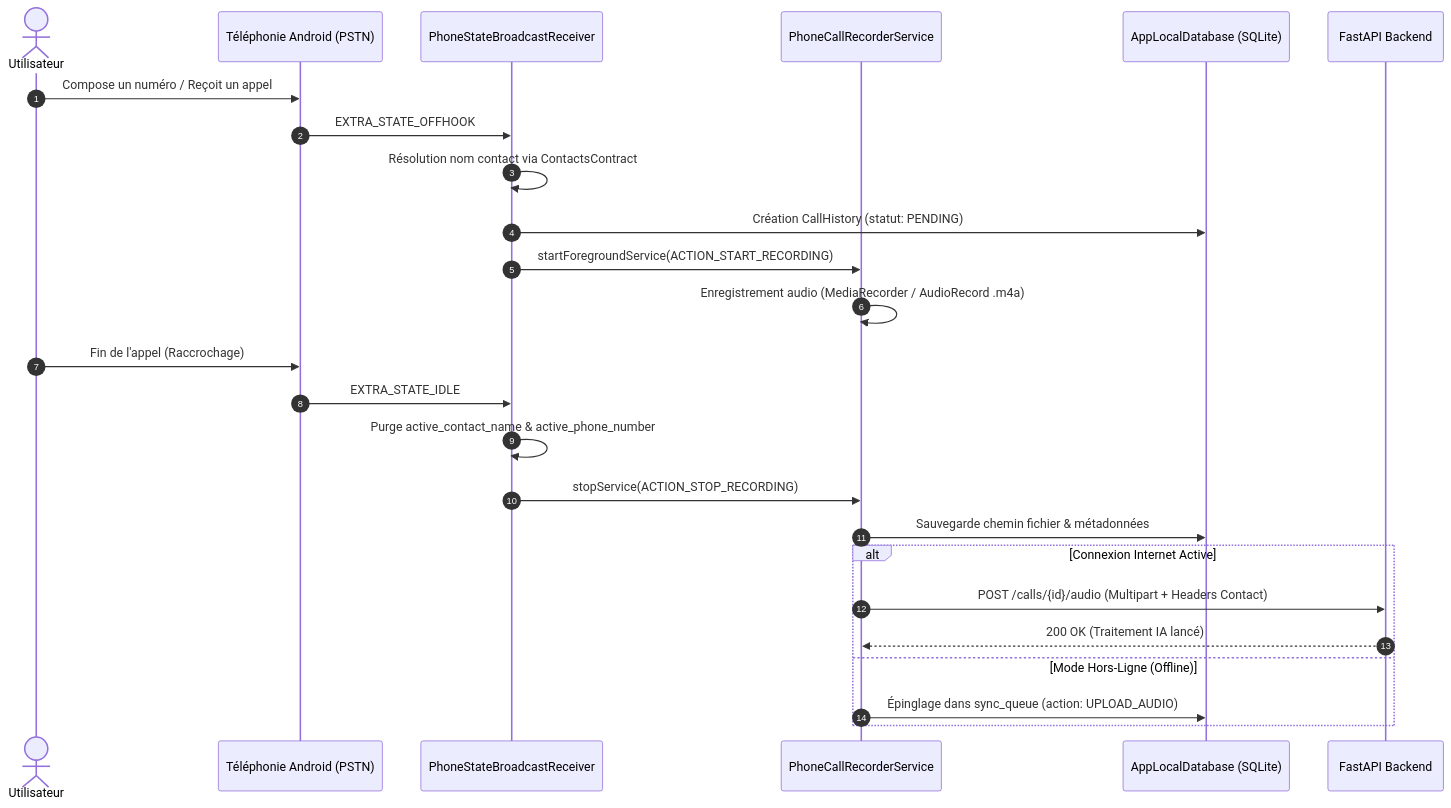
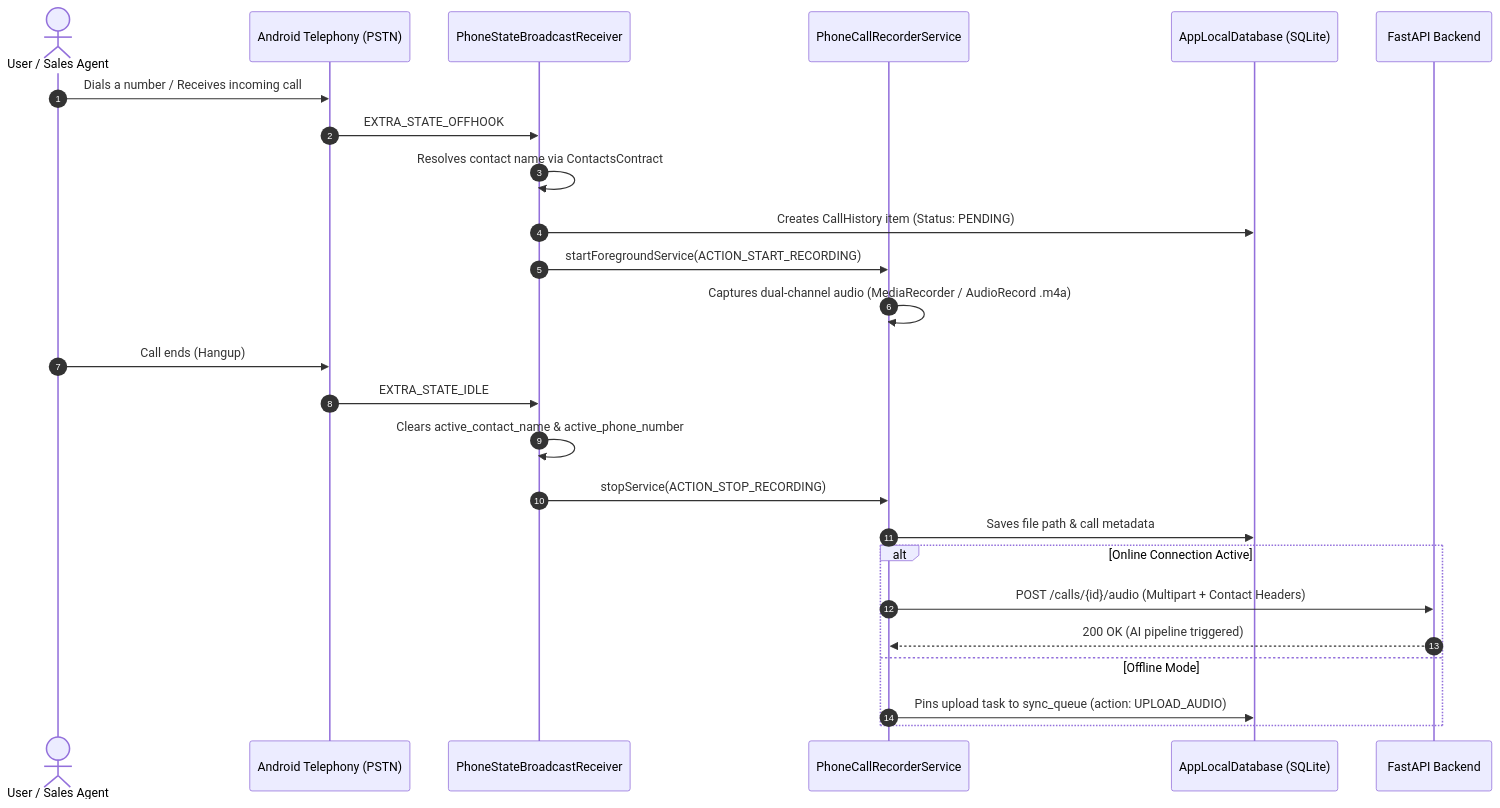
Before and after one commit to Ysn-Ir/IntelligentAppCalls: the second of 4 diagrams in ARCHITECTURE.md, drawn with Mermaid. The commit also changed other lines of this file and 3 other files, not shown here.

Commit message:
docs: translate all documentation files to English including architecture, history logs and hosting guides

````diff
--- a/ARCHITECTURE.md
+++ b/ARCHITECTURE.md
@@ -138,30 +138,30 @@
 ```mermaid
 sequenceDiagram
     autonumber
-    actor User as Utilisateur
-    participant Tel as Téléphonie Android (PSTN)
+    actor User as User / Sales Agent
+    participant Tel as Android Telephony (PSTN)
     participant Receiver as PhoneStateBroadcastReceiver
     participant Recorder as PhoneCallRecorderService
     participant LocalDB as AppLocalDatabase (SQLite)
     participant Backend as FastAPI Backend
 
-    User->>Tel: Compose un numéro / Reçoit un appel
+    User->>Tel: Dials a number / Receives incoming call
     Tel->>Receiver: EXTRA_STATE_OFFHOOK
-    Receiver->>Receiver: Résolution nom contact via ContactsContract
-    Receiver->>LocalDB: Création CallHistory (statut: PENDING)
+    Receiver->>Receiver: Resolves contact name via ContactsContract
+    Receiver->>LocalDB: Creates CallHistory item (Status: PENDING)
     Receiver->>Recorder: startForegroundService(ACTION_START_RECORDING)
-    Recorder->>Recorder: Enregistrement audio (MediaRecorder / AudioRecord .m4a)
+    Recorder->>Recorder: Captures dual-channel audio (MediaRecorder / AudioRecord .m4a)
     
-    User->>Tel: Fin de l'appel (Raccrochage)
+    User->>Tel: Call ends (Hangup)
     Tel->>Receiver: EXTRA_STATE_IDLE
-    Receiver->>Receiver: Purge active_contact_name & active_phone_number
+    Receiver->>Receiver: Clears active_contact_name & active_phone_number
     Receiver->>Recorder: stopService(ACTION_STOP_RECORDING)
-    Recorder->>LocalDB: Sauvegarde chemin fichier & métadonnées
+    Recorder->>LocalDB: Saves file path & call metadata
     
-    alt Connexion Internet Active
-        Recorder->>Backend: POST /calls/{id}/audio (Multipart + Headers Contact)
-        Backend-->>Recorder: 200 OK (Traitement IA lancé)
-    else Mode Hors-Ligne (Offline)
-        Recorder->>LocalDB: Épinglage dans sync_queue (action: UPLOAD_AUDIO)
+    alt Online Connection Active
+        Recorder->>Backend: POST /calls/{id}/audio (Multipart + Contact Headers)
+        Backend-->>Recorder: 200 OK (AI pipeline triggered)
+    else Offline Mode
+        Recorder->>LocalDB: Pins upload task to sync_queue (action: UPLOAD_AUDIO)
     end
 ```
````
